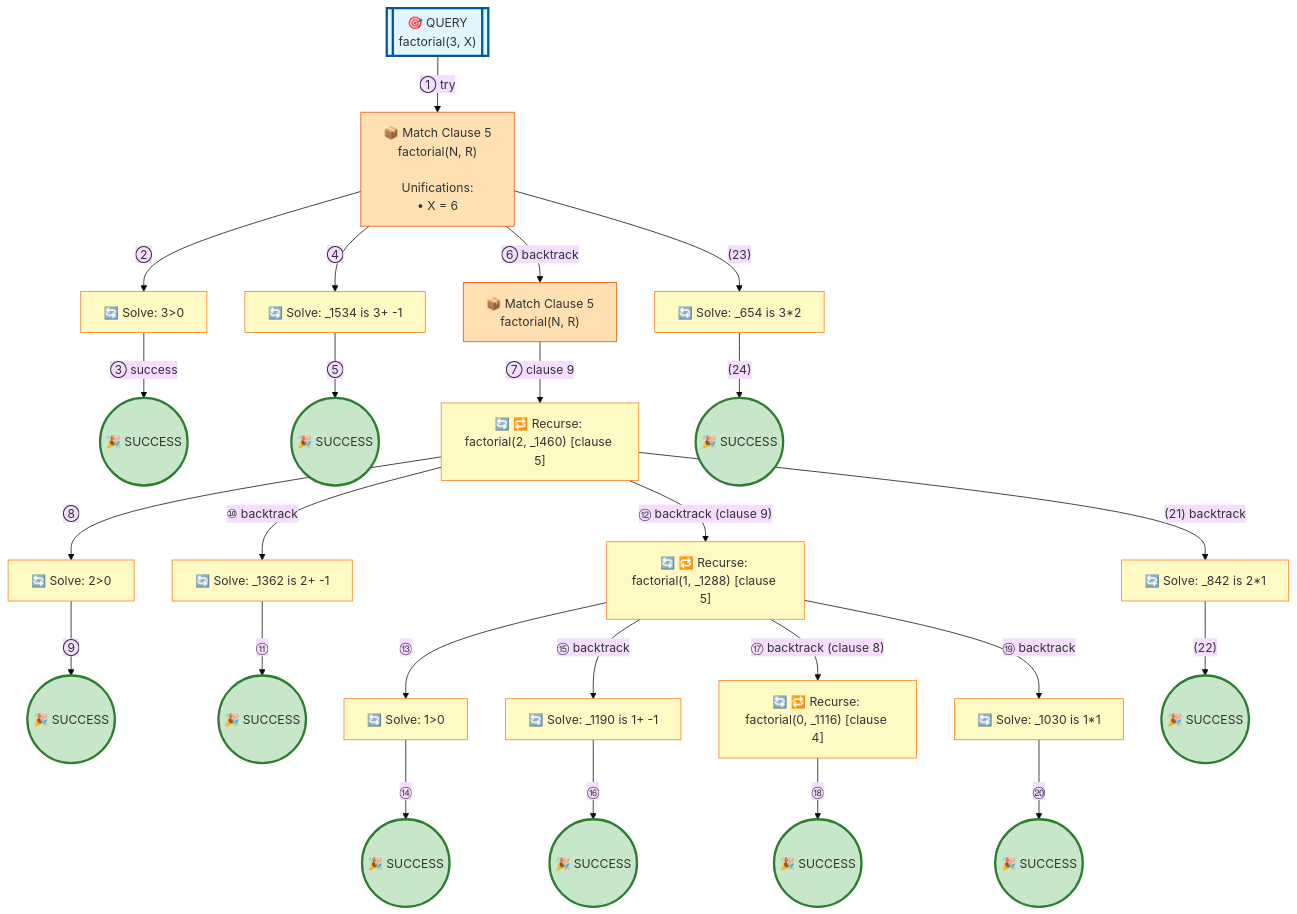
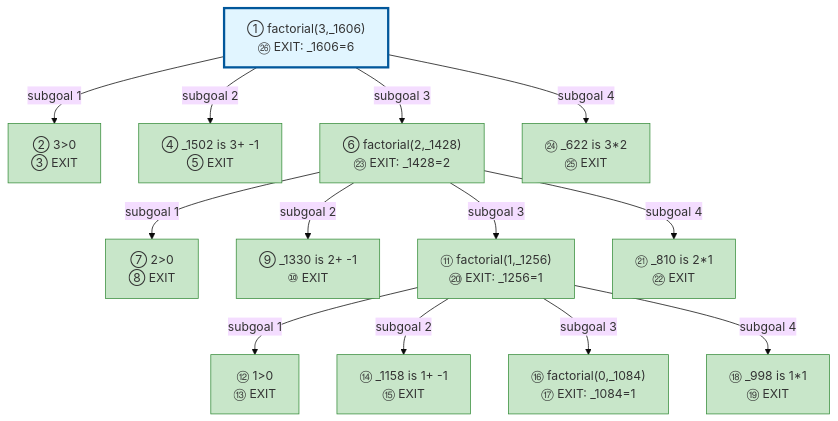
The diagram in examples/factorial-output.md (jarecsni/prolog-trace-viz), drawn with Mermaid (base theme) before and after one commit. The commit also changed other lines of this file and 3 other files, not shown here.

````diff
--- a/examples/factorial-output.md
+++ b/examples/factorial-output.md
@@ -19,82 +121,46 @@
 graph TD
 
 %% Nodes
-A[["🎯 QUERY<br/>factorial(3, X)"]]
-B["📦 Match Clause 5<br/>factorial(N, R)<br/><br/>Unifications:<br/>• X = 6"]
-C["🔄 Solve: 3>0"]
-D(("🎉 SUCCESS"))
-E["🔄 Solve: _1534 is 3+ -1"]
-F(("🎉 SUCCESS"))
-G["📦 Match Clause 5<br/>factorial(N, R)"]
-H["🔄 🔁 Recurse: factorial(2, _1460) [clause 5]"]
-I["🔄 Solve: 2>0"]
-J(("🎉 SUCCESS"))
-K["🔄 Solve: _1362 is 2+ -1"]
-L(("🎉 SUCCESS"))
-M["🔄 🔁 Recurse: factorial(1, _1288) [clause 5]"]
-N["🔄 Solve: 1>0"]
-O(("🎉 SUCCESS"))
-P["🔄 Solve: _1190 is 1+ -1"]
-Q(("🎉 SUCCESS"))
-R["🔄 🔁 Recurse: factorial(0, _1116) [clause 4]"]
-S(("🎉 SUCCESS"))
-T["🔄 Solve: _1030 is 1*1"]
-U(("🎉 SUCCESS"))
-V["🔄 Solve: _842 is 2*1"]
-W(("🎉 SUCCESS"))
-X["🔄 Solve: _654 is 3*2"]
-Y(("🎉 SUCCESS"))
+A["① factorial(3,_1606)<br/>㉖ EXIT: _1606=6"]
+B["② 3>0<br/>③ EXIT"]
+C["④ _1502 is 3+ -1<br/>⑤ EXIT"]
+D["⑥ factorial(2,_1428)<br/>㉓ EXIT: _1428=2"]
+E["⑦ 2>0<br/>⑧ EXIT"]
+F["⑨ _1330 is 2+ -1<br/>⑩ EXIT"]
+G["⑪ factorial(1,_1256)<br/>⑳ EXIT: _1256=1"]
+H["⑫ 1>0<br/>⑬ EXIT"]
+I["⑭ _1158 is 1+ -1<br/>⑮ EXIT"]
+J["⑯ factorial(0,_1084)<br/>⑰ EXIT: _1084=1"]
+K["⑱ _998 is 1*1<br/>⑲ EXIT"]
+L["㉑ _810 is 2*1<br/>㉒ EXIT"]
+M["㉔ _622 is 3*2<br/>㉕ EXIT"]
 
 %% Edges
-A -->|"① try"| B
-B -->|"②"| C
-C -->|"③ success"| D
-B -->|"④"| E
-E -->|"⑤"| F
-B -->|"⑥ backtrack"| G
-G -->|"⑦ clause 9"| H
-H -->|"⑧"| I
-I -->|"⑨"| J
-H -->|"⑩ backtrack"| K
-K -->|"⑪"| L
-H -->|"⑫ backtrack (clause 9)"| M
-M -->|"⑬"| N
-N -->|"⑭"| O
-M -->|"⑮ backtrack"| P
-P -->|"⑯"| Q
-M -->|"⑰ backtrack (clause 8)"| R
-R -->|"⑱"| S
-M -->|"⑲ backtrack"| T
-T -->|"⑳"| U
-H -->|"(21) backtrack"| V
-V -->|"(22)"| W
-B -->|"(23)"| X
-X -->|"(24)"| Y
+A -->|"subgoal 1"| B
+A -->|"subgoal 2"| C
+A -->|"subgoal 3"| D
+D -->|"subgoal 1"| E
+D -->|"subgoal 2"| F
+D -->|"subgoal 3"| G
+G -->|"subgoal 1"| H
+G -->|"subgoal 2"| I
+G -->|"subgoal 3"| J
+G -->|"subgoal 4"| K
+D -->|"subgoal 4"| L
+A -->|"subgoal 4"| M
 
 %% Styles
 style A fill:#e1f5ff,stroke:#01579b,stroke-width:3px
-style B fill:#ffe0b2,stroke:#e65100
-style C fill:#fff9c4,stroke:#f57f17
-style D fill:#c8e6c9,stroke:#2e7d32,stroke-width:3px
-style E fill:#fff9c4,stroke:#f57f17
-style F fill:#c8e6c9,stroke:#2e7d32,stroke-width:3px
-style G fill:#ffe0b2,stroke:#e65100
-style H fill:#fff9c4,stroke:#f57f17
-style I fill:#fff9c4,stroke:#f57f17
-style J fill:#c8e6c9,stroke:#2e7d32,stroke-width:3px
-style K fill:#fff9c4,stroke:#f57f17
-style L fill:#c8e6c9,stroke:#2e7d32,stroke-width:3px
-style M fill:#fff9c4,stroke:#f57f17
-style N fill:#fff9c4,stroke:#f57f17
-style O fill:#c8e6c9,stroke:#2e7d32,stroke-width:3px
-style P fill:#fff9c4,stroke:#f57f17
-style Q fill:#c8e6c9,stroke:#2e7d32,stroke-width:3px
-style R fill:#fff9c4,stroke:#f57f17
-style S fill:#c8e6c9,stroke:#2e7d32,stroke-width:3px
-style T fill:#fff9c4,stroke:#f57f17
-style U fill:#c8e6c9,stroke:#2e7d32,stroke-width:3px
-style V fill:#fff9c4,stroke:#f57f17
-style W fill:#c8e6c9,stroke:#2e7d32,stroke-width:3px
-style X fill:#fff9c4,stroke:#f57f17
-style Y fill:#c8e6c9,stroke:#2e7d32,stroke-width:3px
+style B fill:#c8e6c9,stroke:#388e3c
+style C fill:#c8e6c9,stroke:#388e3c
+style D fill:#c8e6c9,stroke:#388e3c
+style E fill:#c8e6c9,stroke:#388e3c
+style F fill:#c8e6c9,stroke:#388e3c
+style G fill:#c8e6c9,stroke:#388e3c
+style H fill:#c8e6c9,stroke:#388e3c
+style I fill:#c8e6c9,stroke:#388e3c
+style J fill:#c8e6c9,stroke:#388e3c
+style K fill:#c8e6c9,stroke:#388e3c
+style L fill:#c8e6c9,stroke:#388e3c
+style M fill:#c8e6c9,stroke:#388e3c
 ```
````
